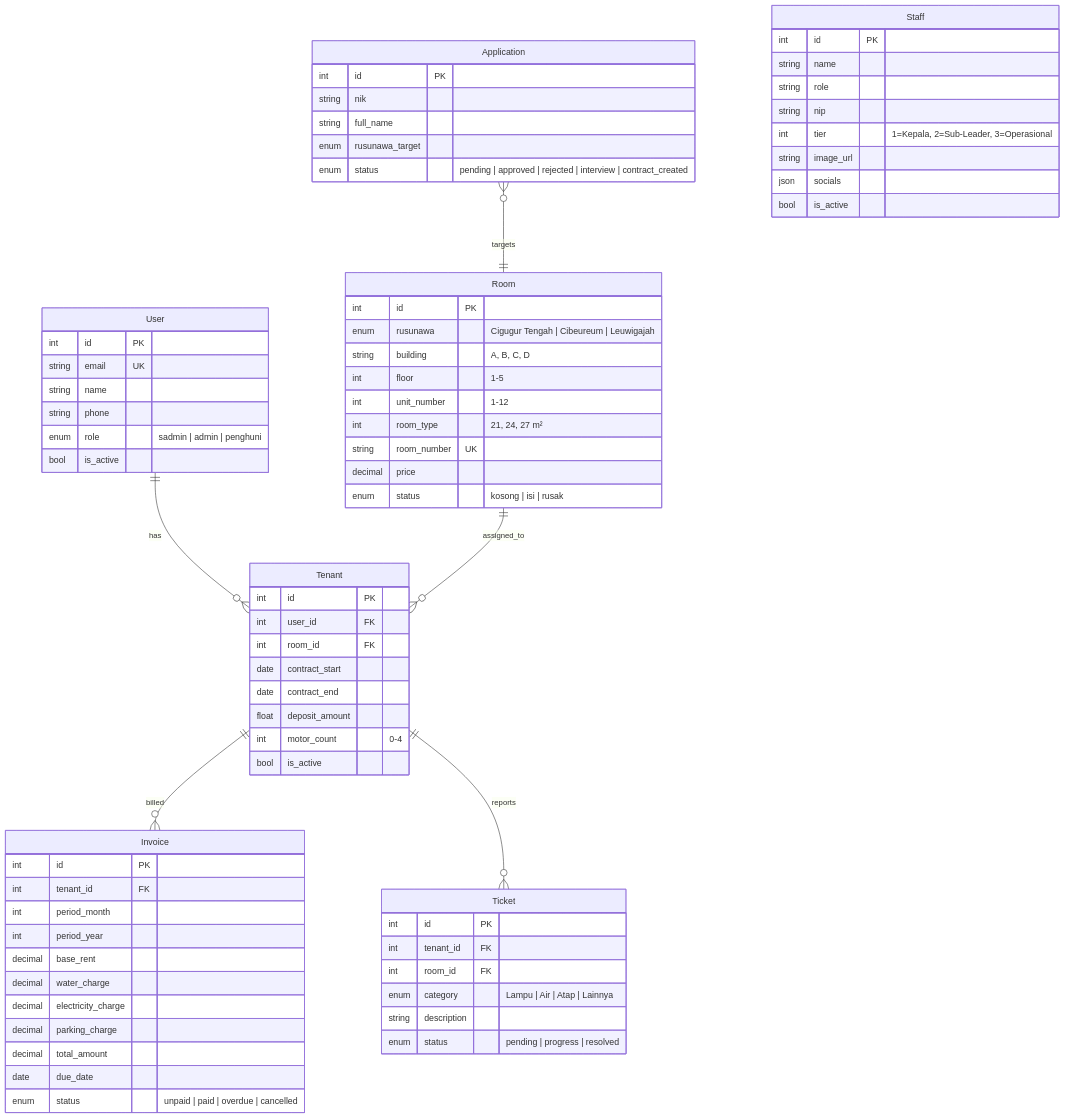
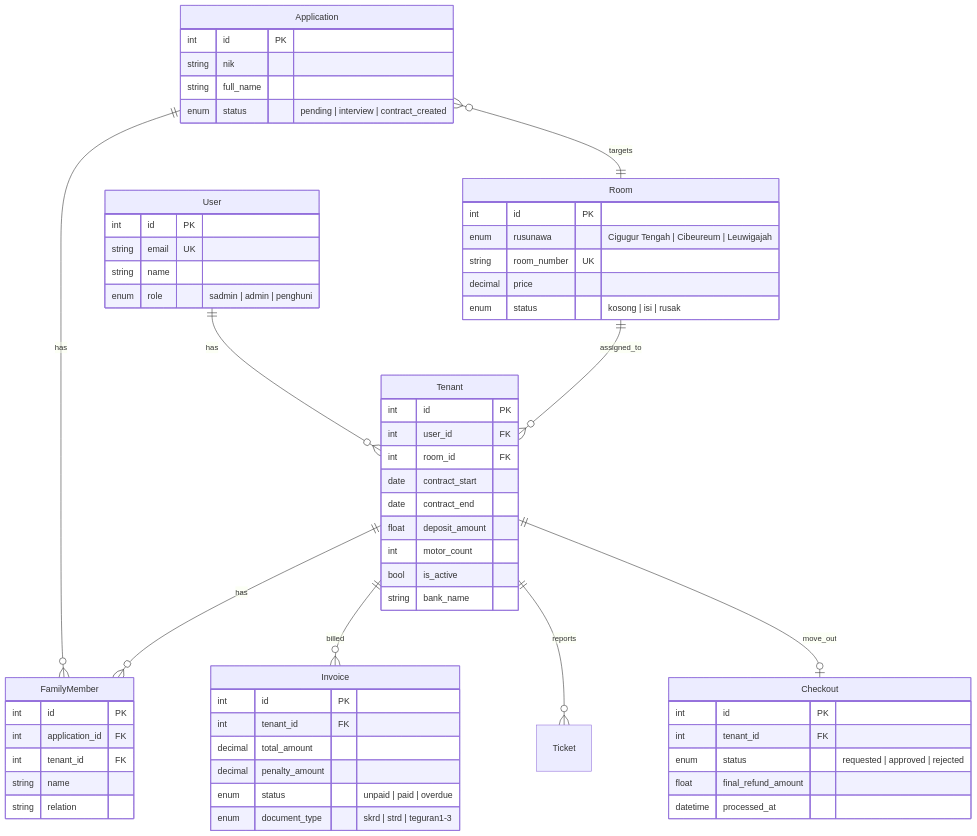
Before and after one commit to WillyHanafi1/Sistem-Rusunawa: the diagram in README.md, drawn with Mermaid. The commit also changed other lines of this file and 25 other files, not shown here.

````diff
--- a/README.md
+++ b/README.md
@@ -247,82 +262,71 @@
 ```mermaid
 erDiagram
     User ||--o{ Tenant : has
     Room ||--o{ Tenant : assigned_to
     Tenant ||--o{ Invoice : billed
     Tenant ||--o{ Ticket : reports
+    Tenant ||--o| Checkout : move_out
+    Application ||--o{ FamilyMember : has
+    Tenant ||--o{ FamilyMember : has
     Application }o--|| Room : targets
 
     User {
         int id PK
         string email UK
         string name
-        string phone
         enum role "sadmin | admin | penghuni"
-        bool is_active
     }
 
     Room {
         int id PK
         enum rusunawa "Cigugur Tengah | Cibeureum | Leuwigajah"
-        string building "A, B, C, D"
-        int floor "1-5"
-        int unit_number "1-12"
-        int room_type "21, 24, 27 m²"
         string room_number UK
         decimal price
         enum status "kosong | isi | rusak"
     }
 
     Tenant {
         int id PK
         int user_id FK
         int room_id FK
         date contract_start
         date contract_end
         float deposit_amount
-        int motor_count "0-4"
+        int motor_count
         bool is_active
+        string bank_name
     }
 
     Invoice {
         int id PK
         int tenant_id FK
-        int period_month
-        int period_year
-        decimal base_rent
-        decimal water_charge
-        decimal electricity_charge
-        decimal parking_charge
         decimal total_amount
-        date due_date
-        enum status "unpaid | paid | overdue | cancelled"
+        decimal penalty_amount
+        enum status "unpaid | paid | overdue"
+        enum document_type "skrd | strd | teguran1-3"
     }
 
-    Ticket {
+    Checkout {
         int id PK
         int tenant_id FK
-        int room_id FK
-        enum category "Lampu | Air | Atap | Lainnya"
-        string description
-        enum status "pending | progress | resolved"
+        enum status "requested | approved | rejected"
+        float final_refund_amount
+        datetime processed_at
+    }
+
+    FamilyMember {
+        int id PK
+        int application_id FK
+        int tenant_id FK
+        string name
+        string relation
     }
 
     Application {
         int id PK
         string nik
         string full_name
-        enum rusunawa_target
-        enum status "pending | approved | rejected | interview | contract_created"
+        enum status "pending | interview | contract_created"
     }
 
-    Staff {
-        int id PK
-        string name
-        string role
-        string nip
-        int tier "1=Kepala, 2=Sub-Leader, 3=Operasional"
-        string image_url
-        json socials
-        bool is_active
-    }
 ```
````
